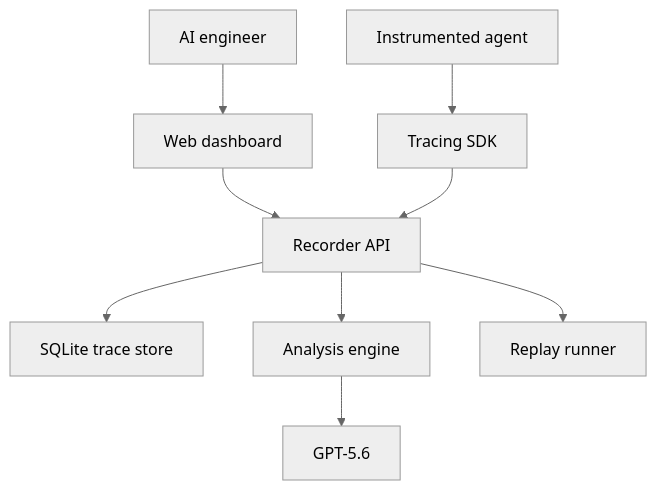
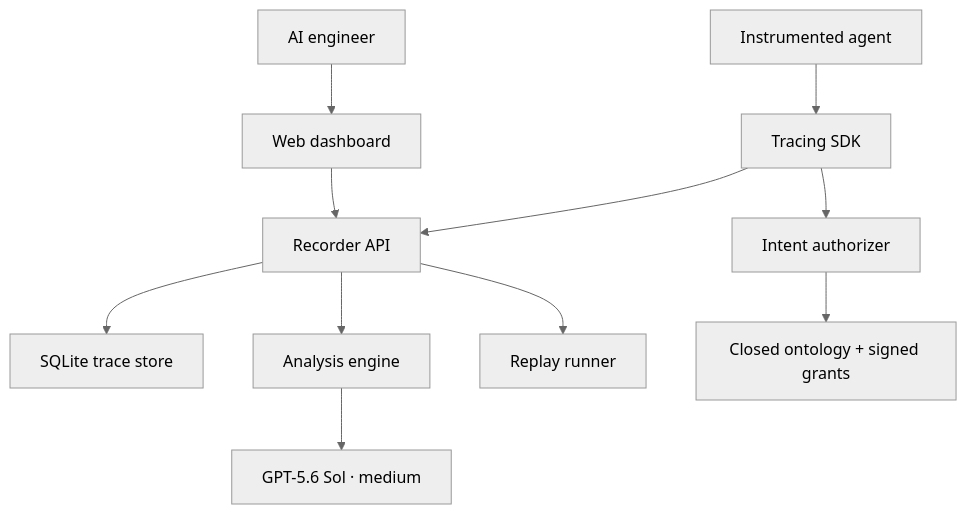
Before and after one commit to kenhuangus/causal-gate: the first of 3 diagrams in ARCHITECTURE.md, drawn with Mermaid (neutral theme). The commit also changed other lines of this file and 28 other files, not shown here.

````diff
--- a/ARCHITECTURE.md
+++ b/ARCHITECTURE.md
@@ -9,11 +9,13 @@
 ```mermaid
 flowchart TD
     U["AI engineer"] --> UI["Web dashboard"]
     UI --> API["Recorder API"]
     A["Instrumented agent"] --> SDK["Tracing SDK"]
     SDK --> API
     API --> DB["SQLite trace store"]
     API --> AN["Analysis engine"]
-    AN --> M["GPT-5.6"]
+    AN --> M["GPT-5.6 Sol · medium"]
+    SDK --> AZ["Intent authorizer"]
+    AZ --> ON["Closed ontology + signed grants"]
     API --> RP["Replay runner"]
 ```
````
